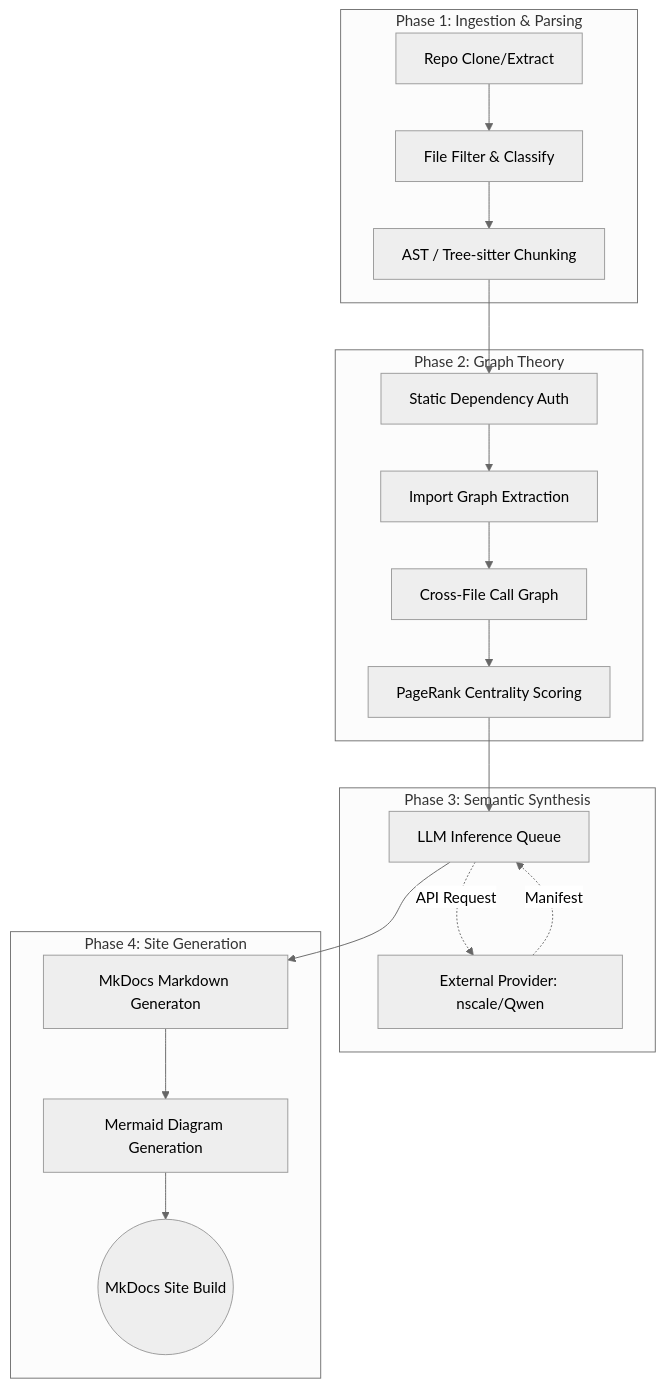
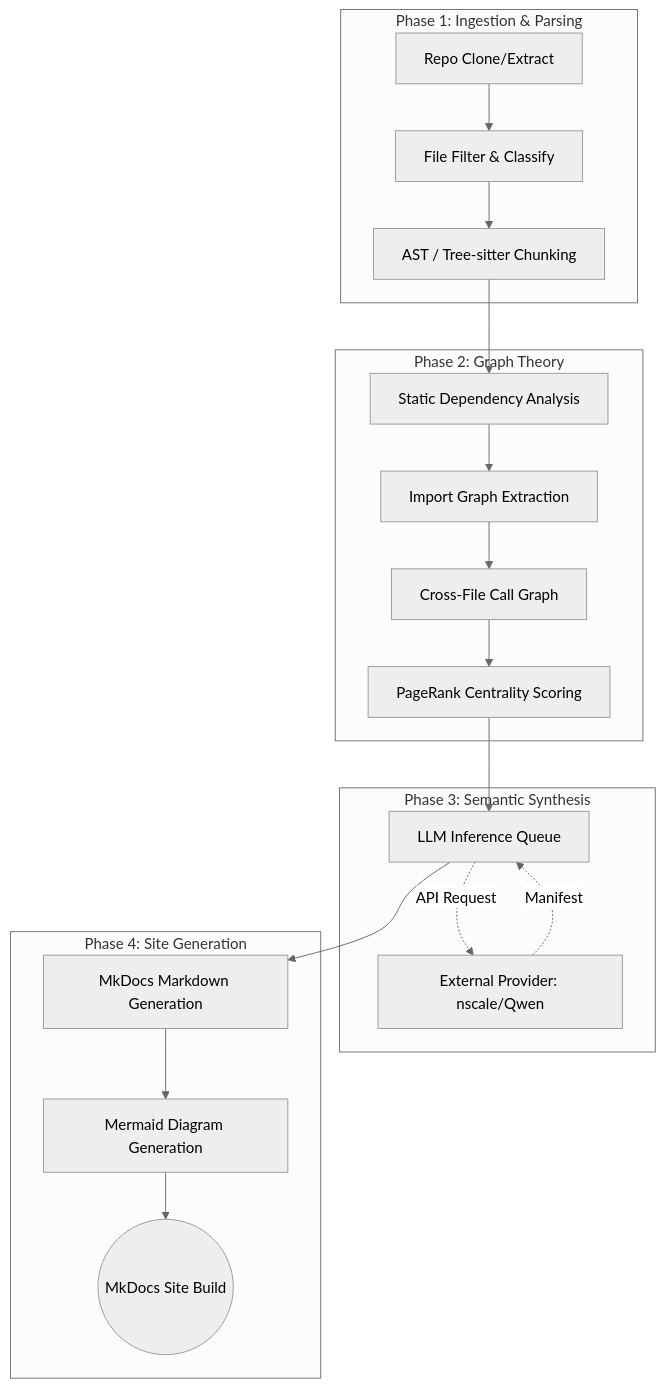
Before and after one commit to KaushalrajPuwar/AutoDocLM: the diagram in README.md, drawn with Mermaid (neutral theme). The commit also changed other lines of this file, not shown here.

````diff
--- a/README.md
+++ b/README.md
@@ -38,26 +38,26 @@
 ```mermaid
 graph TD
     subgraph "Phase 1: Ingestion & Parsing"
         R[Repo Clone/Extract] --> F[File Filter & Classify]
         F --> C[AST / Tree-sitter Chunking]
     end
     
     subgraph "Phase 2: Graph Theory"
-        C --> S[Static Dependency Auth]
+        C --> S[Static Dependency Analysis]
         S --> IG[Import Graph Extraction]
         IG --> CG[Cross-File Call Graph]
         CG --> CS[PageRank Centrality Scoring]
     end
     
     subgraph "Phase 3: Semantic Synthesis"
         CS --> LLM[LLM Inference Queue]
         LLM -.-> |"API Request"| Ext[External Provider: nscale/Qwen]
         Ext -.-> |"Manifest"| LLM
     end
 
     subgraph "Phase 4: Site Generation"
-        LLM --> MD[MkDocs Markdown Generaton]
+        LLM --> MD[MkDocs Markdown Generation]
         MD --> D[Mermaid Diagram Generation]
         D --> Output((MkDocs Site Build))
     end
 ```
````
